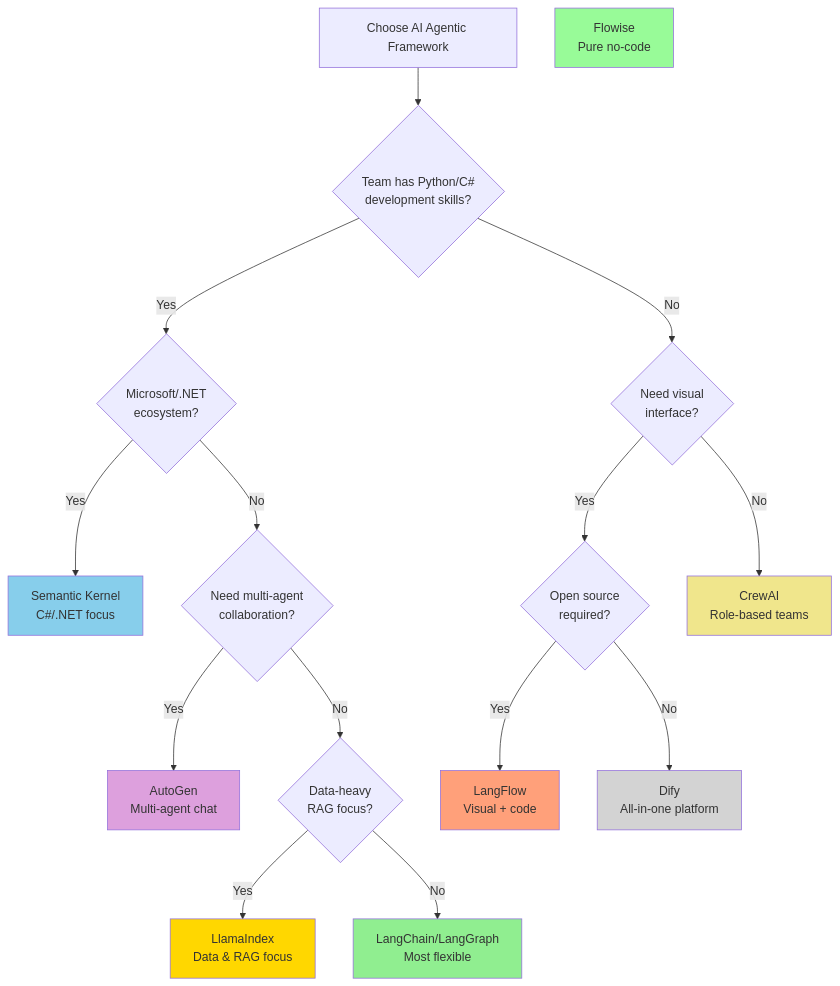
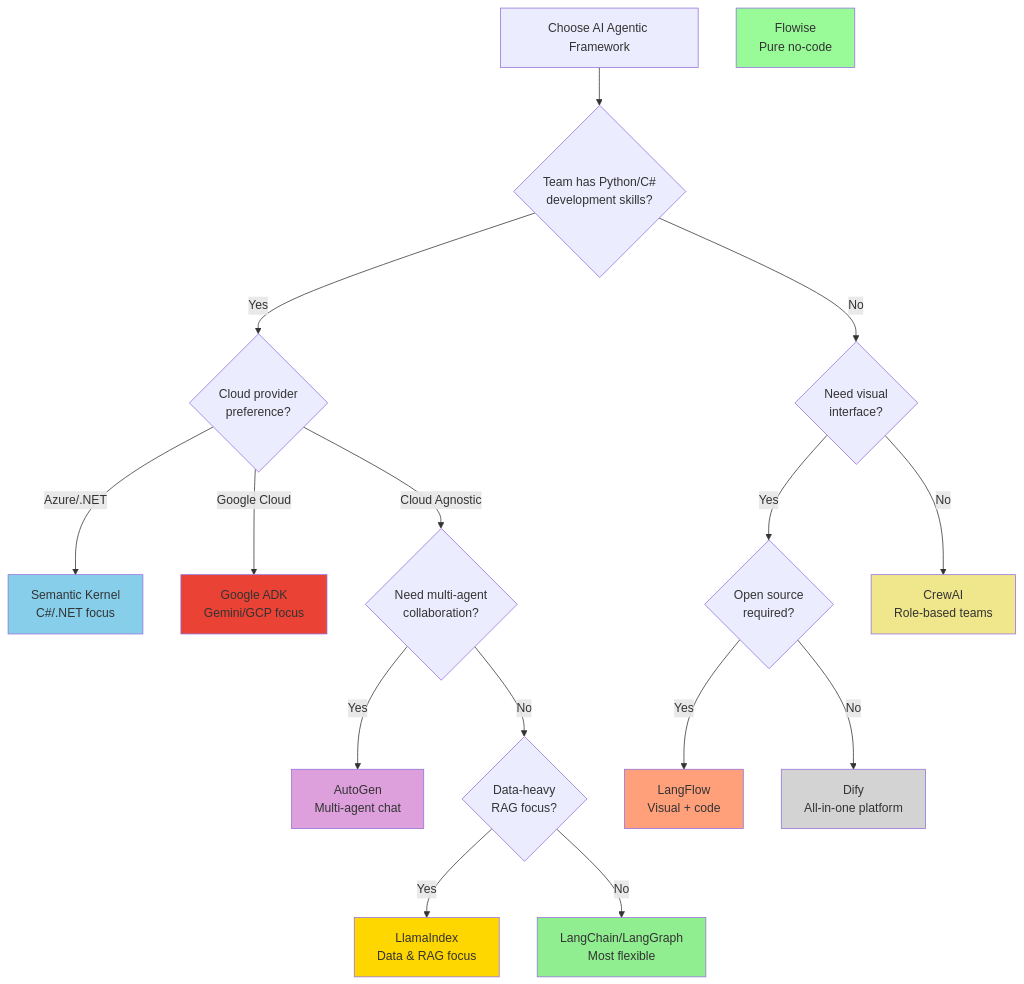
One commit to brunseba/ai-tech-watch changed the second of 2 diagrams in docs/reference/ai-implementation-decision-framework.md. Above: the diagram before and after it, drawn with Mermaid. The commit also changed other lines of this file and 1 other file, not shown here.

First line of the commit message:
feat(reference): add Google ADK to AI agentic framework selection guide

````diff
--- a/docs/reference/ai-implementation-decision-framework.md
+++ b/docs/reference/ai-implementation-decision-framework.md
@@ -313,49 +314,52 @@
 ```mermaid
 flowchart TD
     Start[Choose AI Agentic Framework]
     
     Q1{Team has Python/C#<br/>development skills?}
-    Q2{Microsoft/.NET<br/>ecosystem?}
+    Q2{Cloud provider<br/>preference?}
     Q3{Need multi-agent<br/>collaboration?}
     Q4{Data-heavy<br/>RAG focus?}
     Q5{Need visual<br/>interface?}
     Q6{Open source<br/>required?}
     
     SK[Semantic Kernel<br/>C#/.NET focus]
+    ADK[Google ADK<br/>Gemini/GCP focus]
     LG[LangChain/LangGraph<br/>Most flexible]
     LI[LlamaIndex<br/>Data & RAG focus]
     AG[AutoGen<br/>Multi-agent chat]
     CR[CrewAI<br/>Role-based teams]
     LF[LangFlow<br/>Visual + code]
     FL[Flowise<br/>Pure no-code]
     DF[Dify<br/>All-in-one platform]
     
     Start --> Q1
     
     Q1 -->|Yes| Q2
     Q1 -->|No| Q5
     
-    Q2 -->|Yes| SK
-    Q2 -->|No| Q3
+    Q2 -->|Azure/.NET| SK
+    Q2 -->|Google Cloud| ADK
+    Q2 -->|Cloud Agnostic| Q3
     
     Q3 -->|Yes| AG
     Q3 -->|No| Q4
     
     Q4 -->|Yes| LI
     Q4 -->|No| LG
     
     Q5 -->|Yes| Q6
     Q5 -->|No| CR
     
     Q6 -->|Yes| LF
     Q6 -->|No| DF
     
     style SK fill:#87CEEB
+    style ADK fill:#EA4335
     style LG fill:#90EE90
     style LI fill:#FFD700
     style AG fill:#DDA0DD
     style CR fill:#F0E68C
     style LF fill:#FFA07A
     style FL fill:#98FB98
     style DF fill:#D3D3D3
 ```
````
